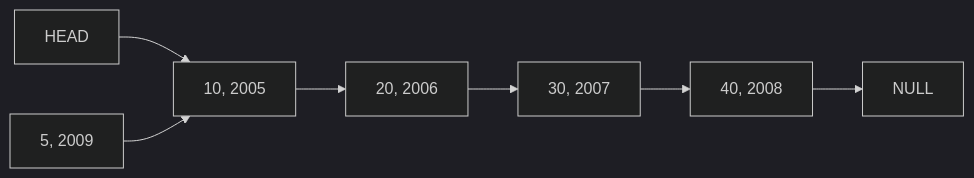
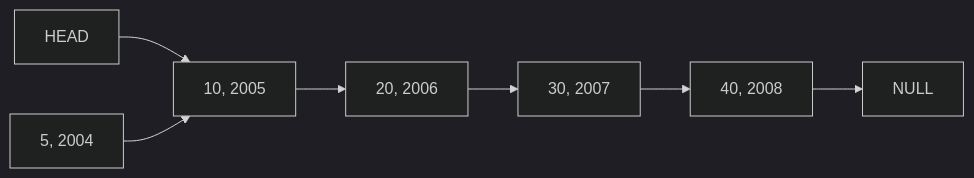
Before and after one commit to dsnowden25/Labs: the first of 2 diagrams in LinkedList/README.md, drawn with Mermaid (dark theme). The commit also changed other lines of this file, not shown here.

````diff
--- a/LinkedList/README.md
+++ b/LinkedList/README.md
@@ -73,9 +85,9 @@
 ```mermaid
 graph LR
     HEAD --> A[10, 2005]
-    E[5, 2009] --> A
+    E[5, 2004] --> A
     A[10, 2005] --> B[20, 2006]
     B --> C[30, 2007]
     C --> D[40, 2008]
     D --> NULL
 ```
````
